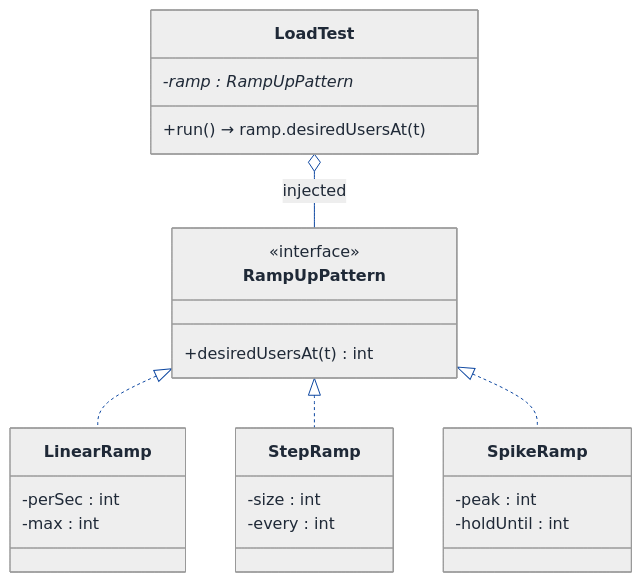
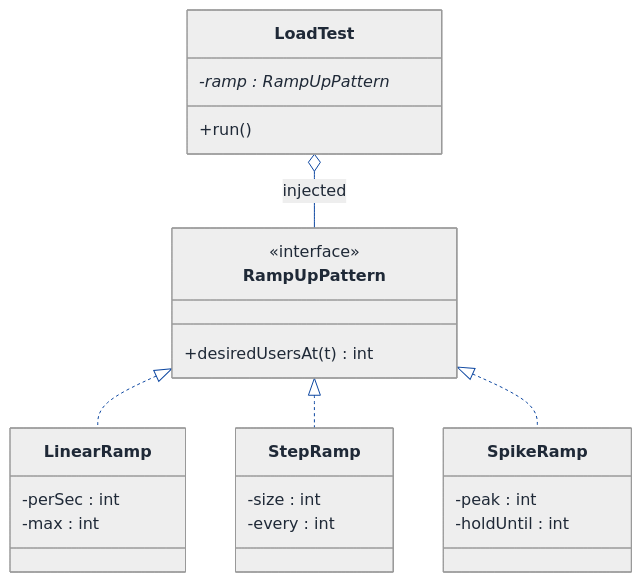
The second of 6 diagrams in LLD/Topics/Strategy_Pattern/Load_Testing_Framework.md (Prateek-5/question-bank), drawn with Mermaid before and after one commit. The commit also changed other lines of this file and 61 other files, not shown here.

First line of the commit message:
Fix invalid mermaid classDiagram member syntax across LLD walkthroughs

````diff
--- a/LLD/Topics/Strategy_Pattern/Load_Testing_Framework.md
+++ b/LLD/Topics/Strategy_Pattern/Load_Testing_Framework.md
@@ -418,60 +418,60 @@
 ```mermaid
 ---
 config:
   theme: neutral
   themeVariables:
     background: '#ffffff'
     primaryColor: '#cfe2ff'
     primaryTextColor: '#1f2937'
     primaryBorderColor: '#084298'
     secondaryColor: '#fff3cd'
     secondaryTextColor: '#1f2937'
     secondaryBorderColor: '#664d03'
     tertiaryColor: '#d1e7dd'
     tertiaryTextColor: '#1f2937'
     tertiaryBorderColor: '#0a3622'
     lineColor: '#0d47a1'
     textColor: '#1f2937'
     noteBkgColor: '#fff3cd'
     noteTextColor: '#1f2937'
     noteBorderColor: '#997404'
     actorBkg: '#cfe2ff'
     actorBorder: '#084298'
     actorTextColor: '#1f2937'
     signalColor: '#0d47a1'
     signalTextColor: '#1f2937'
     labelBoxBkgColor: '#ffffff'
     labelBoxBorderColor: '#d3d3d3'
     labelTextColor: '#1f2937'
     edgeLabelBackground: '#ffffff'
     labelBackground: '#ffffff'
     classText: '#1f2937'
     fontFamily: 'system-ui, -apple-system, Segoe UI, Helvetica, Arial, sans-serif'
 ---
 classDiagram
   direction TB
   class LoadTest {
     -ramp : RampUpPattern*
-    +run() → ramp.desiredUsersAt(t)
+    +run()
   }
   class RampUpPattern {
     <<interface>>
     +desiredUsersAt(t) int
   }
   class LinearRamp {
     -perSec : int
     -max : int
   }
   class StepRamp {
     -size : int
     -every : int
   }
   class SpikeRamp {
     -peak : int
     -holdUntil : int
   }
   LoadTest o-- RampUpPattern : injected
   RampUpPattern <|.. LinearRamp
   RampUpPattern <|.. StepRamp
   RampUpPattern <|.. SpikeRamp
 ```
````
